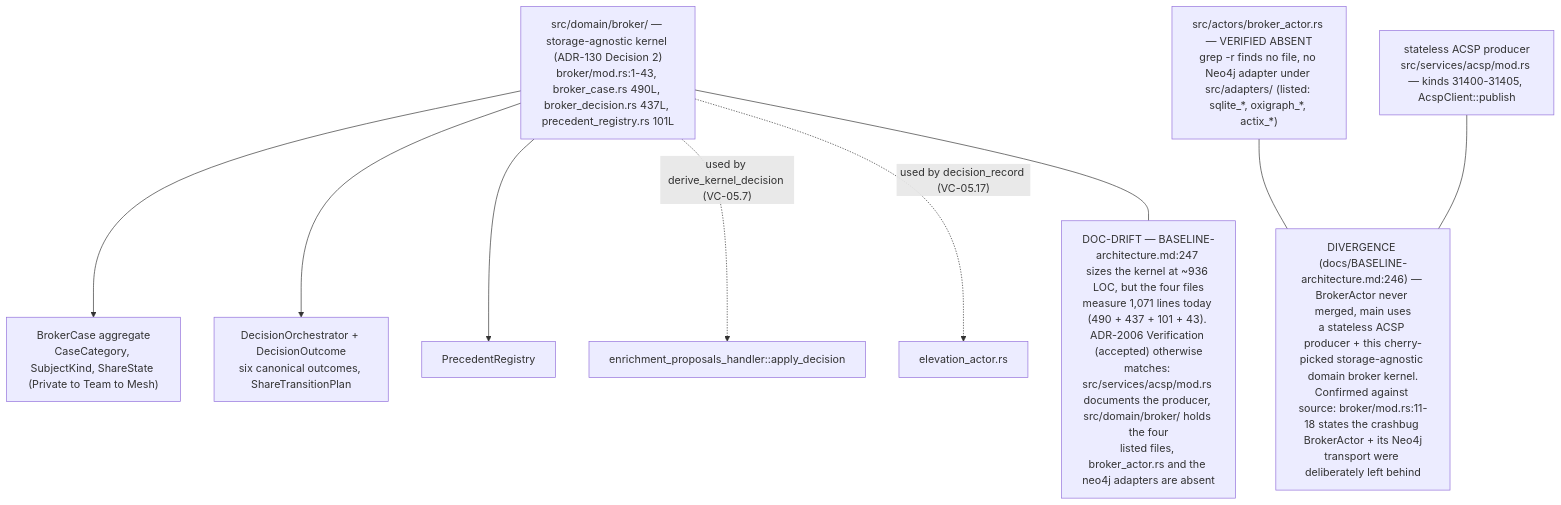
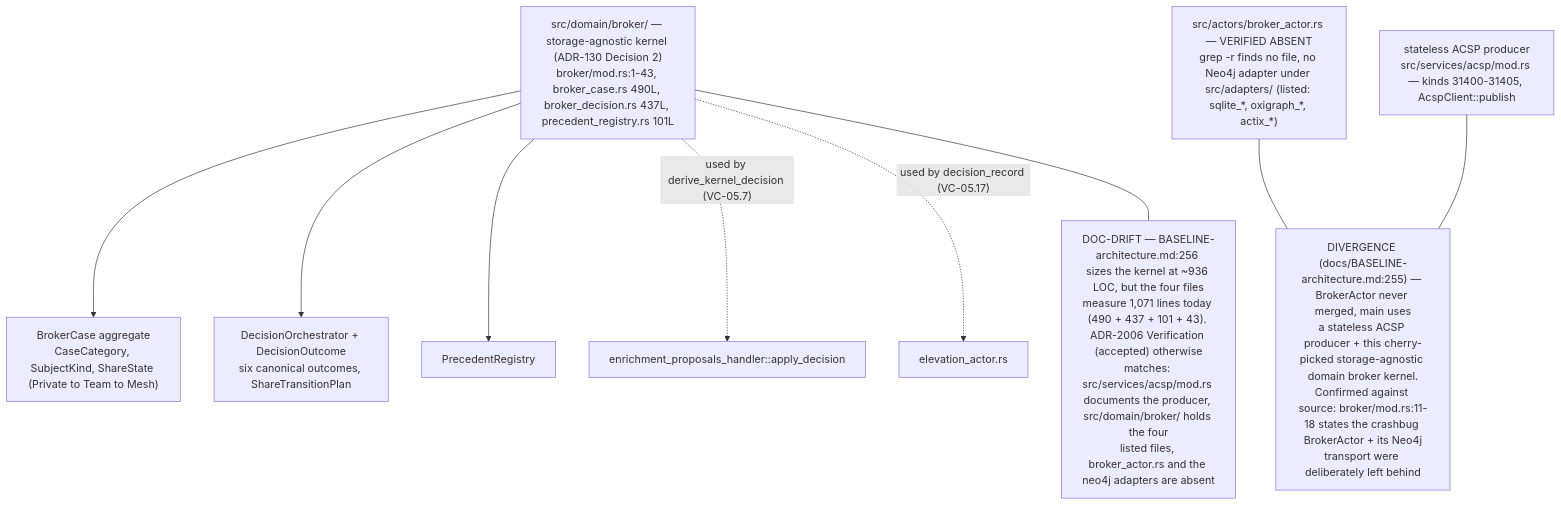
One commit to DreamLab-AI/VisionFlow changed diagram 15 of 15 in docs/diagrams/visionclaw/05-handlers-governance-and-identity.md. Above: the diagram before and after it, drawn with Mermaid. The commit also changed other lines of this file and 111 other files, not shown here.

Commit message:
docs(diagrams): align estate maps with current source

````diff
--- a/docs/diagrams/visionclaw/05-handlers-governance-and-identity.md
+++ b/docs/diagrams/visionclaw/05-handlers-governance-and-identity.md
@@ -756,19 +756,19 @@
 ```mermaid
 flowchart TB
     KERNEL["src/domain/broker/ — storage-agnostic kernel (ADR-130 Decision 2)<br/>broker/mod.rs:1-43, broker_case.rs 490L, broker_decision.rs 437L, precedent_registry.rs 101L"]
     BC["BrokerCase aggregate<br/>CaseCategory, SubjectKind, ShareState (Private to Team to Mesh)"]
     BD["DecisionOrchestrator + DecisionOutcome<br/>six canonical outcomes, ShareTransitionPlan"]
     PR["PrecedentRegistry"]
     KERNEL --> BC
     KERNEL --> BD
     KERNEL --> PR
     ACSP["stateless ACSP producer<br/>src/services/acsp/mod.rs — kinds 31400-31405, AcspClient::publish"]
     ABSENT["src/actors/broker_actor.rs — VERIFIED ABSENT<br/>grep -r finds no file, no Neo4j adapter under src/adapters/ (listed: sqlite_*, oxigraph_*, actix_*)"]
     KERNEL -.->|"used by derive_kernel_decision (VC-05.7)"| CALLER["enrichment_proposals_handler::apply_decision"]
     KERNEL -.->|"used by decision_record (VC-05.17)"| CALLER2["elevation_actor.rs"]
-    N1["DIVERGENCE (docs/BASELINE-architecture.md:246) — BrokerActor never merged, main uses<br/>a stateless ACSP producer + this cherry-picked storage-agnostic domain broker kernel.<br/>Confirmed against source: broker/mod.rs:11-18 states the crashbug BrokerActor + its Neo4j<br/>transport were deliberately left behind"]
+    N1["DIVERGENCE (docs/BASELINE-architecture.md:255) — BrokerActor never merged, main uses<br/>a stateless ACSP producer + this cherry-picked storage-agnostic domain broker kernel.<br/>Confirmed against source: broker/mod.rs:11-18 states the crashbug BrokerActor + its Neo4j<br/>transport were deliberately left behind"]
     ABSENT --- N1
     ACSP --- N1
-    N2["DOC-DRIFT — BASELINE-architecture.md:247 sizes the kernel at ~936 LOC, but the four files<br/>measure 1,071 lines today (490 + 437 + 101 + 43). ADR-2006 Verification (accepted) otherwise<br/>matches: src/services/acsp/mod.rs documents the producer, src/domain/broker/ holds the four<br/>listed files, broker_actor.rs and the neo4j adapters are absent"]
+    N2["DOC-DRIFT — BASELINE-architecture.md:256 sizes the kernel at ~936 LOC, but the four files<br/>measure 1,071 lines today (490 + 437 + 101 + 43). ADR-2006 Verification (accepted) otherwise<br/>matches: src/services/acsp/mod.rs documents the producer, src/domain/broker/ holds the four<br/>listed files, broker_actor.rs and the neo4j adapters are absent"]
     KERNEL --- N2
 ```
````
